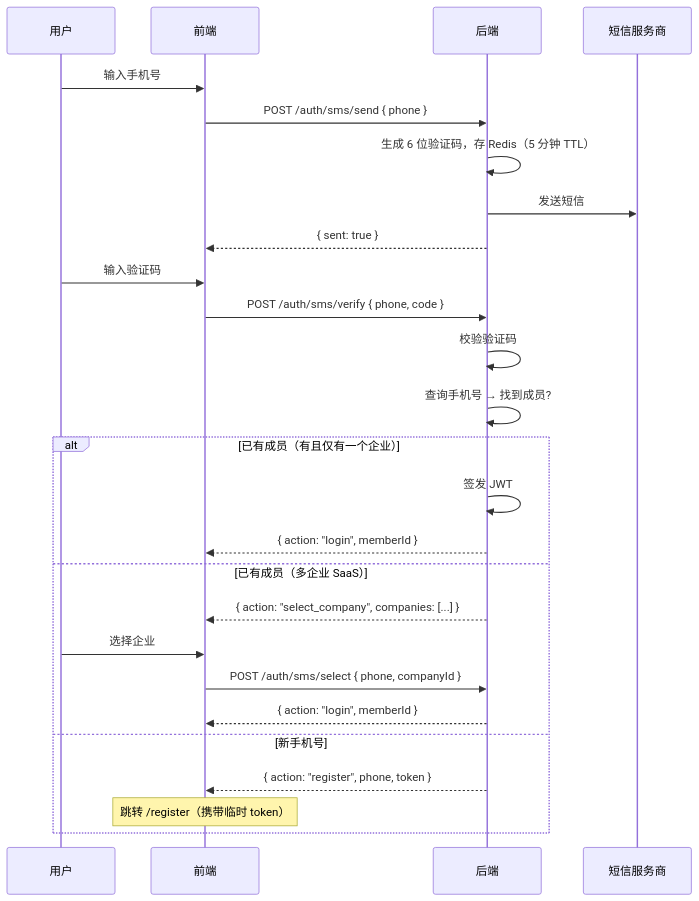
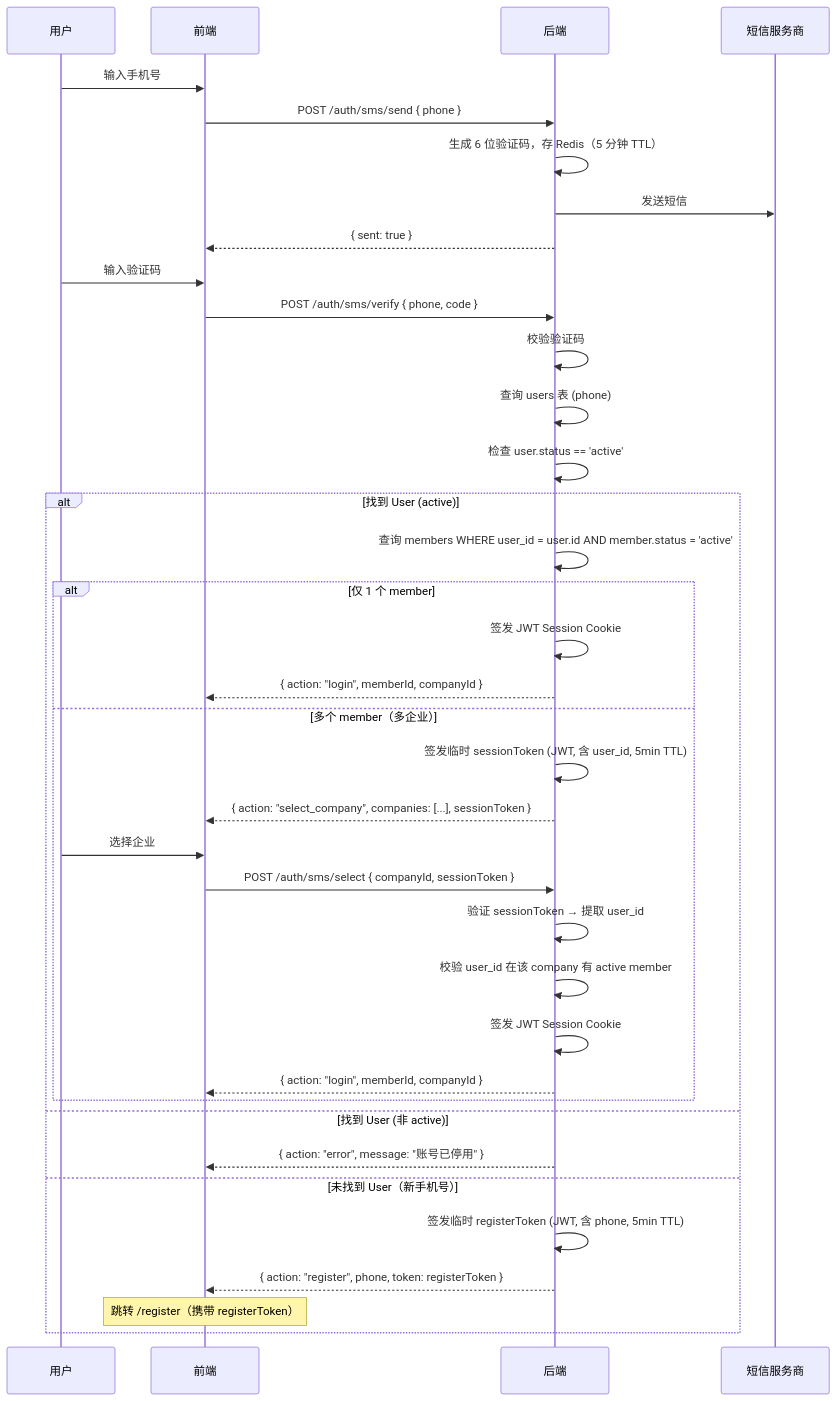
The third of 6 diagrams in docs/saas/登录注册方案设计.md (quyip8818/mytokenjoy), drawn with Mermaid before and after one commit. The commit also changed other lines of this file and 18 other files, not shown here.

````diff
--- a/docs/saas/登录注册方案设计.md
+++ b/docs/saas/登录注册方案设计.md
@@ -154,29 +260,40 @@
 ```mermaid
 sequenceDiagram
     participant U as 用户
     participant F as 前端
     participant B as 后端
     participant SMS as 短信服务商
 
     U->>F: 输入手机号
     F->>B: POST /auth/sms/send { phone }
     B->>B: 生成 6 位验证码，存 Redis（5 分钟 TTL）
     B->>SMS: 发送短信
     B-->>F: { sent: true }
     U->>F: 输入验证码
     F->>B: POST /auth/sms/verify { phone, code }
     B->>B: 校验验证码
-    B->>B: 查询手机号 → 找到成员?
-    alt 已有成员（有且仅有一个企业）
-        B->>B: 签发 JWT
-        B-->>F: { action: "login", memberId }
-    else 已有成员（多企业 SaaS）
-        B-->>F: { action: "select_company", companies: [...] }
-        U->>F: 选择企业
-        F->>B: POST /auth/sms/select { phone, companyId }
-        B-->>F: { action: "login", memberId }
-    else 新手机号
-        B-->>F: { action: "register", phone, token }
-        Note over F: 跳转 /register（携带临时 token）
+    B->>B: 查询 users 表 (phone)
+    B->>B: 检查 user.status == 'active'
+    alt 找到 User (active)
+        B->>B: 查询 members WHERE user_id = user.id AND member.status = 'active'
+        alt 仅 1 个 member
+            B->>B: 签发 JWT Session Cookie
+            B-->>F: { action: "login", memberId, companyId }
+        else 多个 member（多企业）
+            B->>B: 签发临时 sessionToken (JWT, 含 user_id, 5min TTL)
+            B-->>F: { action: "select_company", companies: [...], sessionToken }
+            U->>F: 选择企业
+            F->>B: POST /auth/sms/select { companyId, sessionToken }
+            B->>B: 验证 sessionToken → 提取 user_id
+            B->>B: 校验 user_id 在该 company 有 active member
+            B->>B: 签发 JWT Session Cookie
+            B-->>F: { action: "login", memberId, companyId }
+        end
+    else 找到 User (非 active)
+        B-->>F: { action: "error", message: "账号已停用" }
+    else 未找到 User（新手机号）
+        B->>B: 签发临时 registerToken (JWT, 含 phone, 5min TTL)
+        B-->>F: { action: "register", phone, token: registerToken }
+        Note over F: 跳转 /register（携带 registerToken）
     end
 ```
````
